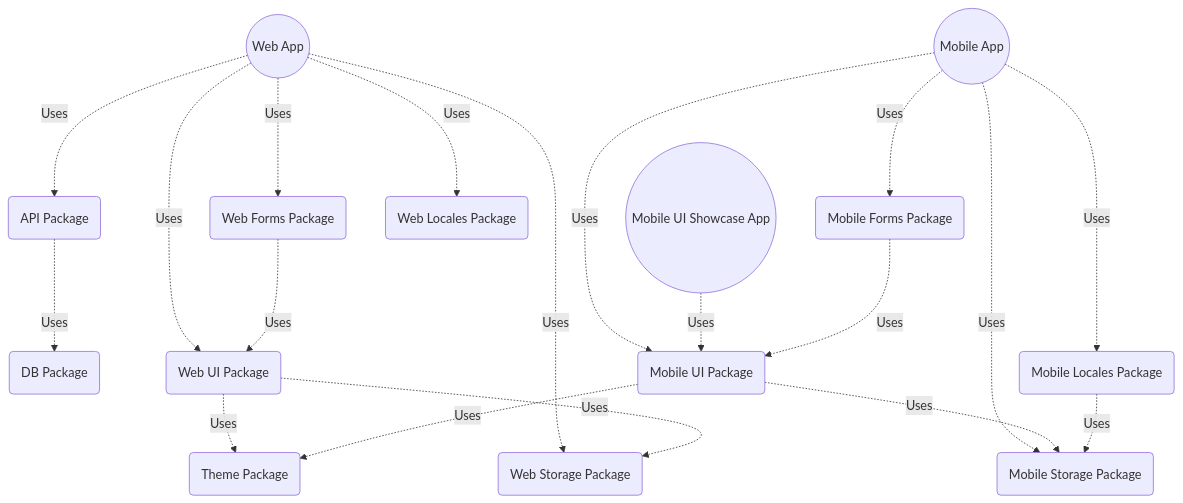
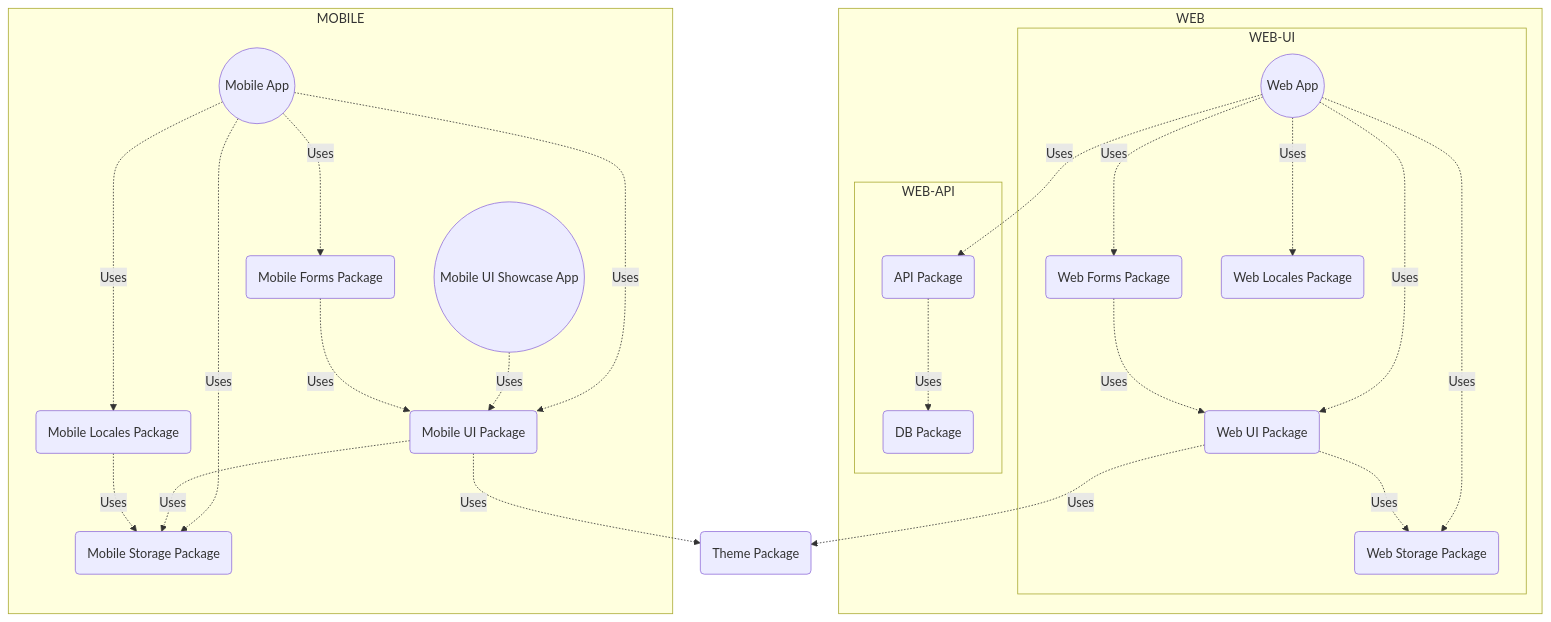
One commit to Rock-n-Prog/web-ts-monorepo-starter-pack changed the second of 2 diagrams in docs/architecture/general.md. Above: the diagram before and after it, drawn with Mermaid. The commit also changed other lines of this file, not shown here.

````diff
--- a/docs/architecture/general.md
+++ b/docs/architecture/general.md
@@ -36,36 +46,47 @@
 ```mermaid
 graph TD;
   apps-web((Web App))
   apps-mobile((Mobile App))
   apps-mobile-ui-showcase((Mobile UI Showcase App))
   packages-db(DB Package)
   packages-api(API Package)
   packages-theme(Theme Package)
   packages-web-ui(Web UI Package)
   packages-web-forms(Web Forms Package)
   packages-web-locales(Web Locales Package)
   packages-web-storage(Web Storage Package)
   packages-mobile-ui(Mobile UI Package)
   packages-mobile-forms(Mobile Forms Package)
   packages-mobile-locales(Mobile Locales Package)
   packages-mobile-storage(Mobile Storage Package)
-
-  apps-web -.-> |Uses| packages-api
-  apps-web -.-> |Uses| packages-web-ui
-  apps-web -.-> |Uses| packages-web-forms
-  apps-web -.-> |Uses| packages-web-locales
-  apps-web -.-> |Uses| packages-web-storage
-  apps-mobile -.-> |Uses| packages-mobile-ui
-  apps-mobile -.-> |Uses| packages-mobile-forms
-  apps-mobile -.-> |Uses| packages-mobile-locales
-  apps-mobile -.-> |Uses| packages-mobile-storage
-  apps-mobile-ui-showcase -.-> |Uses| packages-mobile-ui
-  packages-api -.-> |Uses| packages-db
+  
+  subgraph WEB
+    subgraph WEB-UI
+      apps-web -.-> |Uses| packages-web-ui
+      apps-web -.-> |Uses| packages-web-forms
+      apps-web -.-> |Uses| packages-web-locales
+      apps-web -.-> |Uses| packages-web-storage
+      packages-web-forms -.-> |Uses| packages-web-ui
+      packages-web-ui -.-> |Uses| packages-web-storage
+    end
+    
+    subgraph WEB-API
+      apps-web -.-> |Uses| packages-api
+      packages-api -.-> |Uses| packages-db
+    end
+  end
+  
+  subgraph MOBILE
+    apps-mobile -.-> |Uses| packages-mobile-ui
+    apps-mobile -.-> |Uses| packages-mobile-forms
+    apps-mobile -.-> |Uses| packages-mobile-locales
+    apps-mobile -.-> |Uses| packages-mobile-storage
+    apps-mobile-ui-showcase -.-> |Uses| packages-mobile-ui
+    packages-mobile-forms -.-> |Uses| packages-mobile-ui
+    packages-mobile-ui -.-> |Uses| packages-mobile-storage
+    packages-mobile-locales -.-> |Uses| packages-mobile-storage
+  end
+  
   packages-web-ui -.-> |Uses| packages-theme
   packages-mobile-ui -.-> |Uses| packages-theme
-  packages-web-forms -.-> |Uses| packages-web-ui
-  packages-mobile-forms -.-> |Uses| packages-mobile-ui
-  packages-web-ui -.-> |Uses| packages-web-storage
-  packages-mobile-ui -.-> |Uses| packages-mobile-storage
-  packages-mobile-locales -.-> |Uses| packages-mobile-storage
 ```
````
